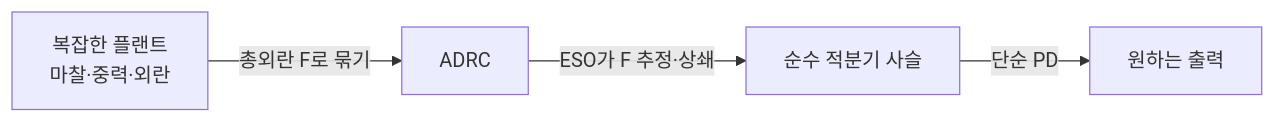
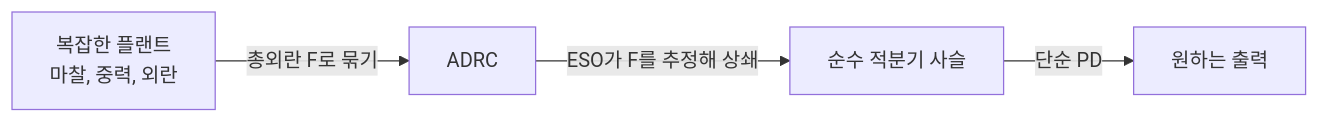
One commit to genie4youu/genie4youu.github.io changed the diagram in _posts/adrc/2026-07-21-00-adrc-series.md. Above: the diagram before and after it, drawn with Mermaid. The commit also changed other lines of this file and 100 other files, not shown here.

````diff
--- a/_posts/adrc/2026-07-21-00-adrc-series.md
+++ b/_posts/adrc/2026-07-21-00-adrc-series.md
@@ -84,6 +84,6 @@
 ```mermaid
 flowchart LR
-    P["복잡한 플랜트<br/>마찰·중력·외란"] -->|총외란 F로 묶기| C["ADRC"]
-    C -->|ESO가 F 추정·상쇄| I["순수 적분기 사슬"]
+    P["복잡한 플랜트<br/>마찰, 중력, 외란"] -->|총외란 F로 묶기| C["ADRC"]
+    C -->|ESO가 F를 추정해 상쇄| I["순수 적분기 사슬"]
     I -->|단순 PD| Y["원하는 출력"]
 ```
````
